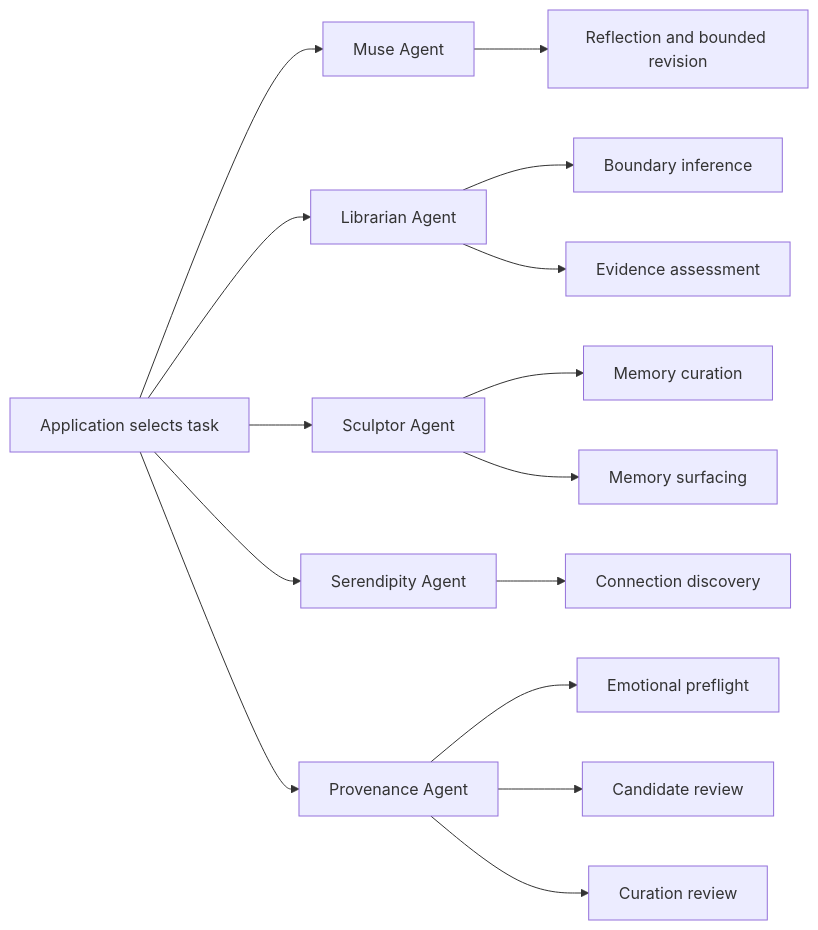
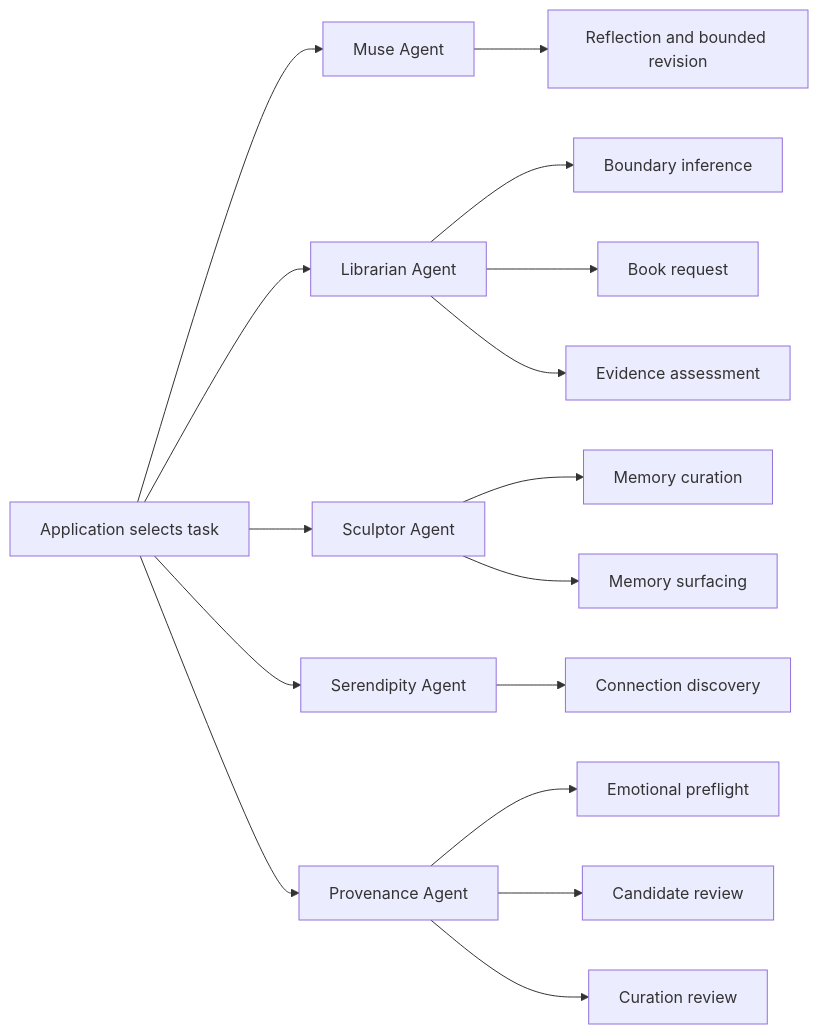
One commit to DesmondChoy/linger changed the first of 2 diagrams in docs/agent-skills.md. Above: the diagram before and after it, drawn with Mermaid. The commit also changed other lines of this file and 94 other files, not shown here.

````diff
--- a/docs/agent-skills.md
+++ b/docs/agent-skills.md
@@ -30,17 +31,18 @@
 ```mermaid
 flowchart LR
     App[Application selects task] --> Muse[Muse Agent]
     App --> Librarian[Librarian Agent]
     App --> Sculptor[Sculptor Agent]
     App --> Serendipity[Serendipity Agent]
     App --> Provenance[Provenance Agent]
     Muse --> Reflection[Reflection and bounded revision]
     Librarian --> Boundary[Boundary inference]
+    Librarian --> Request[Book request]
     Librarian --> Strength[Evidence assessment]
     Sculptor --> Curation[Memory curation]
     Sculptor --> Surfacing[Memory surfacing]
     Serendipity --> Connection[Connection discovery]
     Provenance --> Preflight[Emotional preflight]
     Provenance --> Candidate[Candidate review]
     Provenance --> CurationReview[Curation review]
 ```
````
